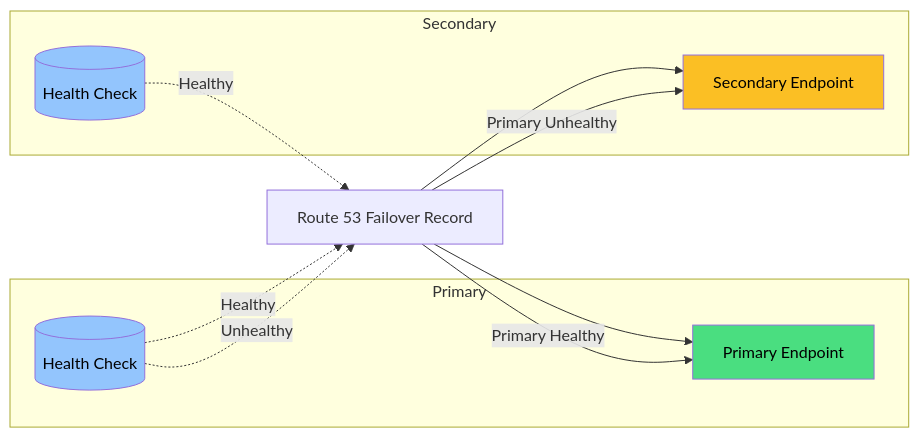
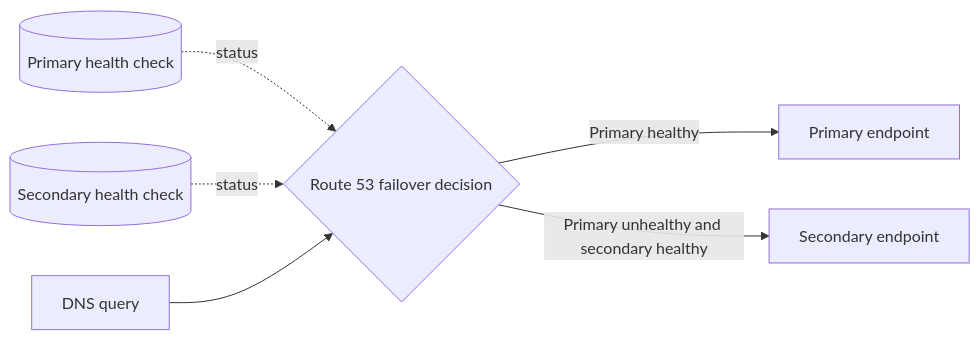
One commit to AlexanderBesss/AWS_best_praactices changed the diagram in Networking/Route53-Best-Practices.md. Above: the diagram before and after it, drawn with Mermaid. The commit also changed other lines of this file and 31 other files, not shown here.

````diff
--- a/Networking/Route53-Best-Practices.md
+++ b/Networking/Route53-Best-Practices.md
@@ -63,23 +64,8 @@
 ```mermaid
 flowchart LR
-    subgraph Primary
-        P1[Primary Endpoint]
-        HC1[(Health Check)]
-    end
-    subgraph Secondary
-        S1[Secondary Endpoint]
-        HC2[(Health Check)]
-    end
-    R53[Route 53 Failover Record] --> P1
-    R53 --> S1
-    HC1 -.Healthy.-> R53
-    HC2 -.Healthy.-> R53
-    HC1 -.Unhealthy.-> R53
-    R53 -->|Primary Healthy| P1
-    R53 -->|Primary Unhealthy| S1
-
-    style P1 fill:#4ade80,color:#000
-    style S1 fill:#fbbf24,color:#000
-    style HC1 fill:#93c5fd,color:#000
-    style HC2 fill:#93c5fd,color:#000
+    HC1[(Primary health check)] -.->|status| R53{Route 53 failover decision}
+    HC2[(Secondary health check)] -.->|status| R53
+    Q[DNS query] --> R53
+    R53 -->|Primary healthy| P1[Primary endpoint]
+    R53 -->|Primary unhealthy and secondary healthy| S1[Secondary endpoint]
 ```
````
